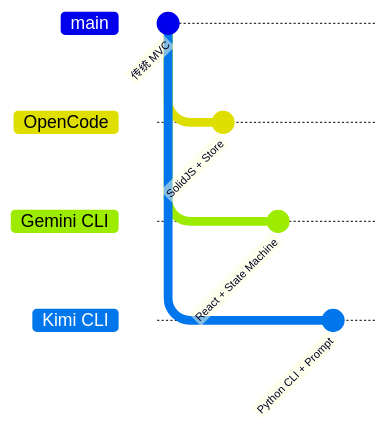
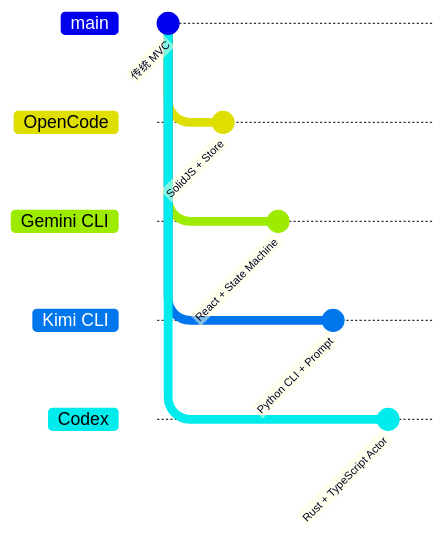
One commit to giraffe-tree/agent-base changed the tenth of 10 diagrams in docs/opencode/08-opencode-ui-interaction.md. Above: the diagram before and after it, drawn with Mermaid. The commit also changed other lines of this file and 155 other files, not shown here.

````diff
--- a/docs/opencode/08-opencode-ui-interaction.md
+++ b/docs/opencode/08-opencode-ui-interaction.md
@@ -592,15 +613,19 @@
 ```mermaid
 gitGraph
     commit id: "传统 MVC"
     branch "OpenCode"
     checkout "OpenCode"
     commit id: "SolidJS + Store"
     checkout main
     branch "Gemini CLI"
     checkout "Gemini CLI"
     commit id: "React + State Machine"
     checkout main
     branch "Kimi CLI"
     checkout "Kimi CLI"
     commit id: "Python CLI + Prompt"
+    checkout main
+    branch "Codex"
+    checkout "Codex"
+    commit id: "Rust + TypeScript Actor"
 ```
````
